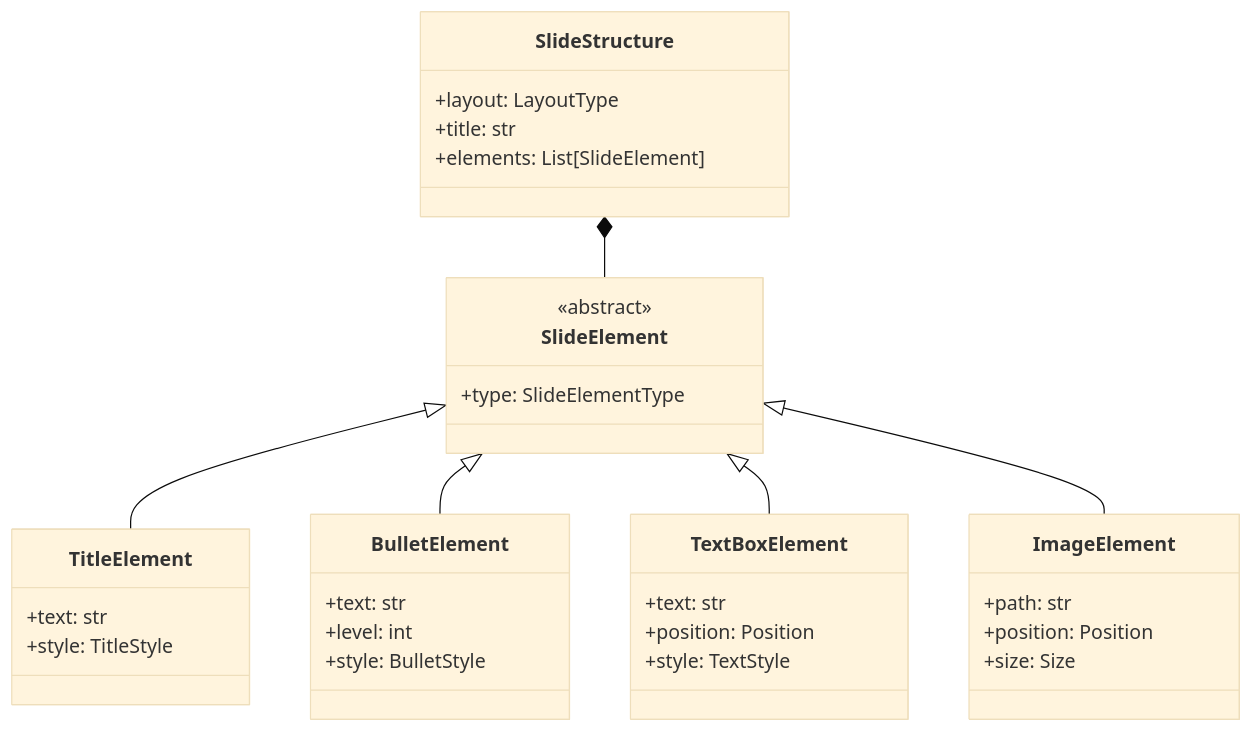
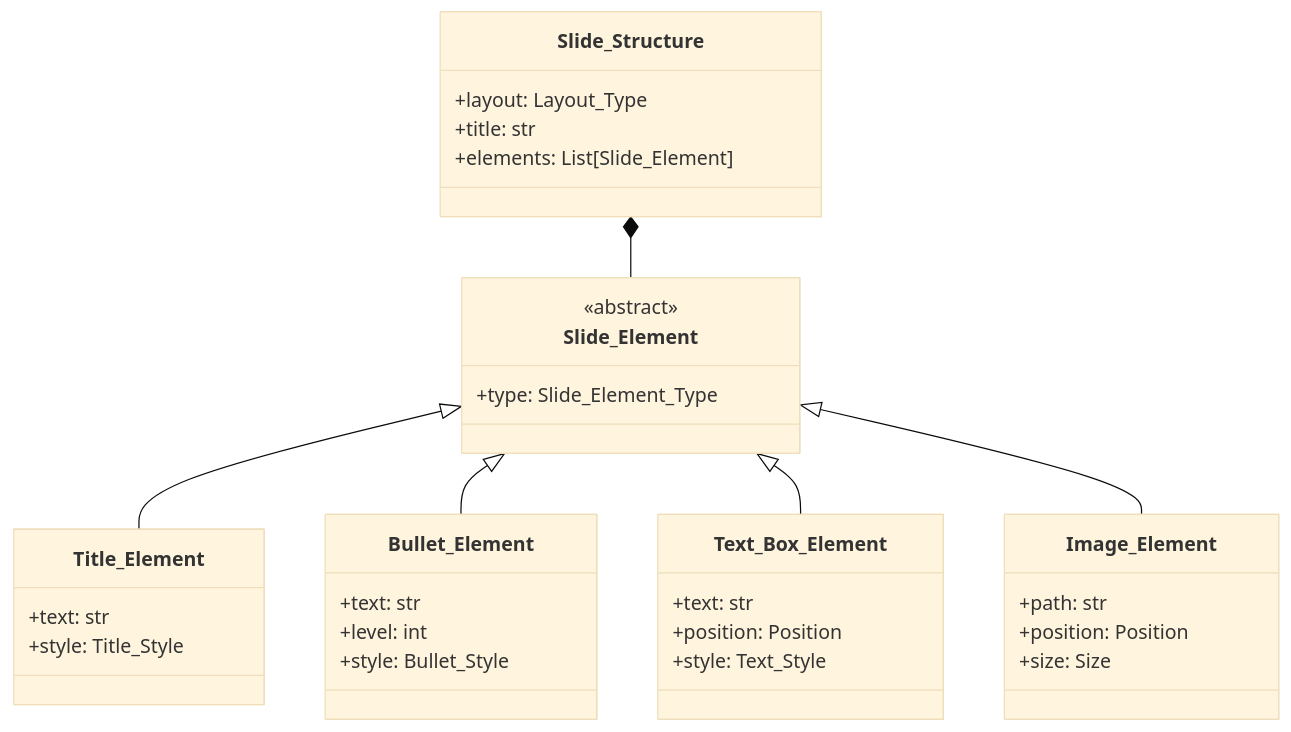
The third of 7 diagrams in docs/class-diagrams.md (marvins/slide-forge), drawn with Mermaid (base theme) before and after one commit. The commit also changed other lines of this file and 9 other files, not shown here.

````diff
--- a/docs/class-diagrams.md
+++ b/docs/class-diagrams.md
@@ -102,43 +102,43 @@
 ```mermaid
 classDiagram
-    class SlideStructure {
-        +layout: LayoutType
+    class Slide_Structure {
+        +layout: Layout_Type
         +title: str
-        +elements: List[SlideElement]
+        +elements: List[Slide_Element]
     }
 
-    class SlideElement {
+    class Slide_Element {
         <<abstract>>
-        +type: SlideElementType
+        +type: Slide_Element_Type
     }
 
-    class TitleElement {
+    class Title_Element {
         +text: str
-        +style: TitleStyle
+        +style: Title_Style
     }
 
-    class BulletElement {
+    class Bullet_Element {
         +text: str
         +level: int
-        +style: BulletStyle
+        +style: Bullet_Style
     }
 
-    class TextBoxElement {
+    class Text_Box_Element {
         +text: str
         +position: Position
-        +style: TextStyle
+        +style: Text_Style
     }
 
-    class ImageElement {
+    class Image_Element {
         +path: str
         +position: Position
         +size: Size
     }
 
-    SlideElement <|-- TitleElement
-    SlideElement <|-- BulletElement
-    SlideElement <|-- TextBoxElement
-    SlideElement <|-- ImageElement
+    Slide_Element <|-- Title_Element
+    Slide_Element <|-- Bullet_Element
+    Slide_Element <|-- Text_Box_Element
+    Slide_Element <|-- Image_Element
 
-    SlideStructure *-- SlideElement
+    Slide_Structure *-- Slide_Element
 ```
````
